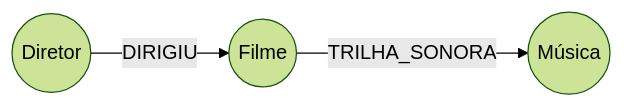
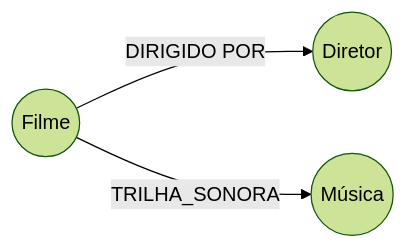
Before and after one commit to BeatrizPat/UFSCar-CC-So-PMD2025-Grupo05: the eighth of 8 diagrams in README.md, drawn with Mermaid (forest theme).

````diff
--- a/README.md
+++ b/README.md
@@ -118,4 +118,5 @@
 ```mermaid
 flowchart LR
-    Diretor((Diretor)) -->|DIRIGIU| Filme((Filme)) -->|TRILHA_SONORA| Música((Música))
+    Filme((Filme)) -->|DIRIGIDO POR| Diretor((Diretor))
+    Filme -->|TRILHA_SONORA| Música((Música)) 
 ```
````
